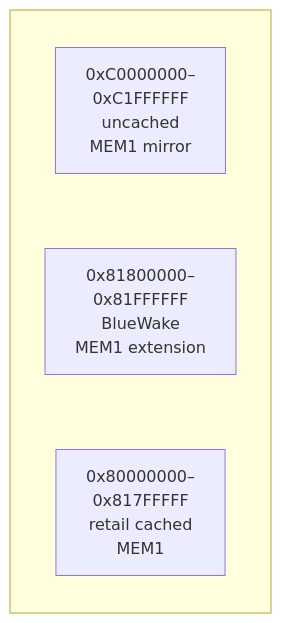
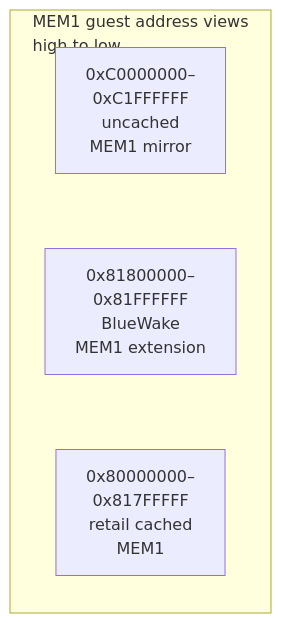
Before and after one commit to Aelbannan/boat_of_daphnes: the fourth of 6 diagrams in docs/architecture/GuestState.md, drawn with Mermaid. The commit also changed other lines of this file, not shown here.

Commit message:
docs: wrap MEM1 diagram title

````diff
--- a/docs/architecture/GuestState.md
+++ b/docs/architecture/GuestState.md
@@ -446,20 +446,20 @@
 ```mermaid
 flowchart TB
-    subgraph Views[" "]
+    subgraph Views["MEM1 guest address views<br/>high to low"]
         direction TB
         Mirror["`0xC0000000–
 0xC1FFFFFF
 uncached
 MEM1 mirror`"]
         Extension["`0x81800000–
 0x81FFFFFF
 BlueWake
 MEM1 extension`"]
         Retail["`0x80000000–
 0x817FFFFF
 retail cached
 MEM1`"]
 
         Mirror ~~~ Extension ~~~ Retail
     end
 ```
````
